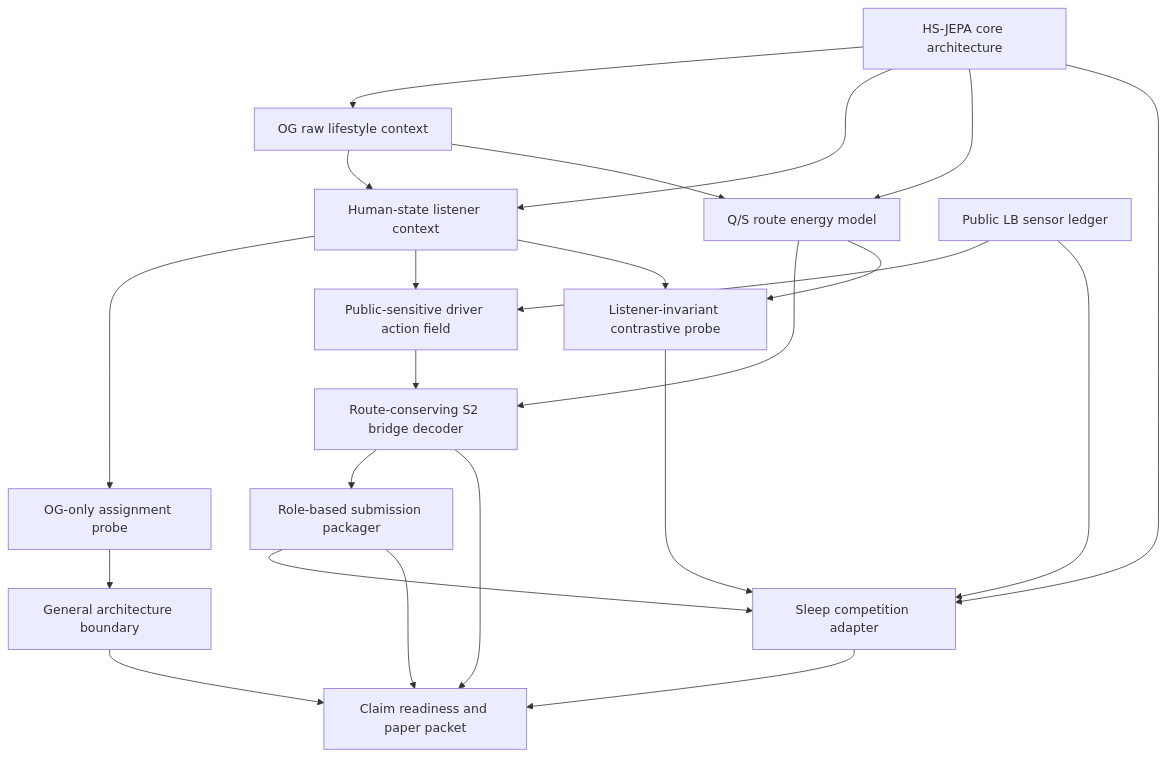
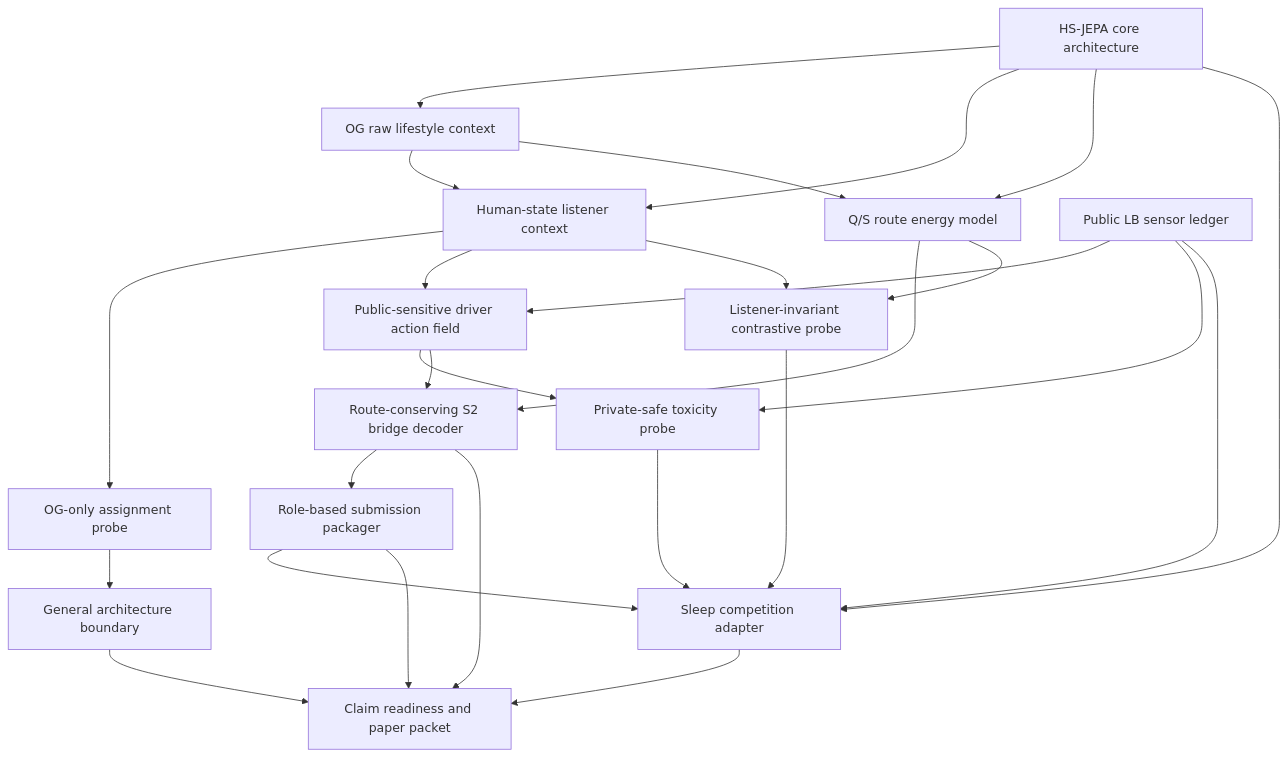
Before and after one commit to kbsooo/etri: the diagram in team_hsjepa_end_to_end/outputs/route_conserving_s2_bridge/hsjepa_pipeline_manifest_ko.md, drawn with Mermaid. The commit also changed other lines of this file and 27 other files, not shown here.

Commit message:
feat(hsjepa): add private toxicity boundary probe

````diff
--- a/team_hsjepa_end_to_end/outputs/route_conserving_s2_bridge/hsjepa_pipeline_manifest_ko.md
+++ b/team_hsjepa_end_to_end/outputs/route_conserving_s2_bridge/hsjepa_pipeline_manifest_ko.md
@@ -13,25 +13,28 @@
 ```mermaid
 flowchart TD
     CORE["HS-JEPA core architecture"] --> A["OG raw lifestyle context"]
     CORE --> C["Human-state listener context"]
     CORE --> D["Q/S route energy model"]
     A["OG raw lifestyle context"] --> C["Human-state listener context"]
     A --> D["Q/S route energy model"]
     C --> P1["OG-only assignment probe"]
     P1 --> GEN["General architecture boundary"]
     B["Public LB sensor ledger"] --> E["Public-sensitive driver action field"]
     C --> E
     D --> F["Route-conserving S2 bridge decoder"]
     C --> P2["Listener-invariant contrastive probe"]
     D --> P2
+    B --> P3["Private-safe toxicity probe"]
+    E --> P3
     E --> F
     F --> G["Role-based submission packager"]
     G --> ADAPT["Sleep competition adapter"]
     CORE --> ADAPT
     B --> ADAPT
     P2 --> ADAPT
+    P3 --> ADAPT
     GEN --> H["Claim readiness and paper packet"]
     ADAPT --> H["Claim readiness and paper packet"]
     G --> H["Claim readiness and paper packet"]
     F --> H
 ```
````
